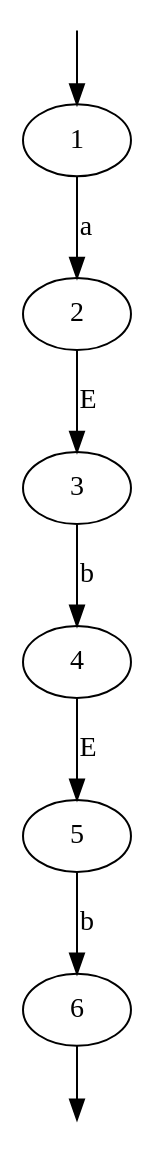
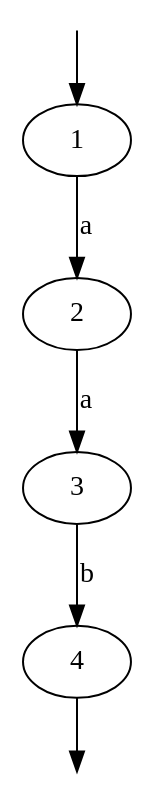
Before and after one commit to omarelhorre/automate: the diagram in src/automate2.dot, drawn with Graphviz. The commit also changed 9 other files, not shown here.

```diff
--- a/src/automate2.dot
+++ b/src/automate2.dot
@@ -1,11 +1,9 @@
 digraph G {
 init [shape=point shape=point style=filled, fillcolor=white color=white];
 fin [shape=point shape=point style=filled, fillcolor=white color=white];
 init -> 1;
 1 -> 2 [label="a"];
+2 -> 3 [label="a"];
 3 -> 4 [label="b"];
-2 -> 3 [label="E"];
-5 -> 6 [label="b"];
-4 -> 5 [label="E"];
-6 -> fin;
+4 -> fin;
 }
```
